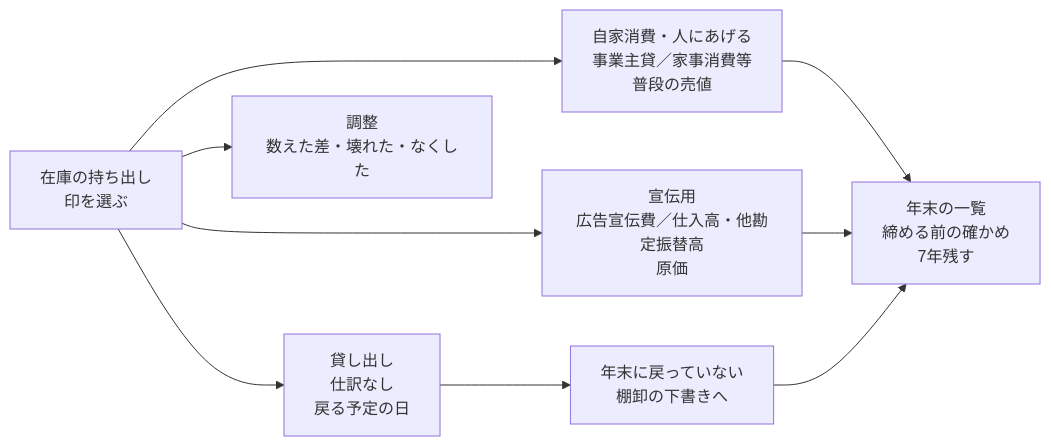
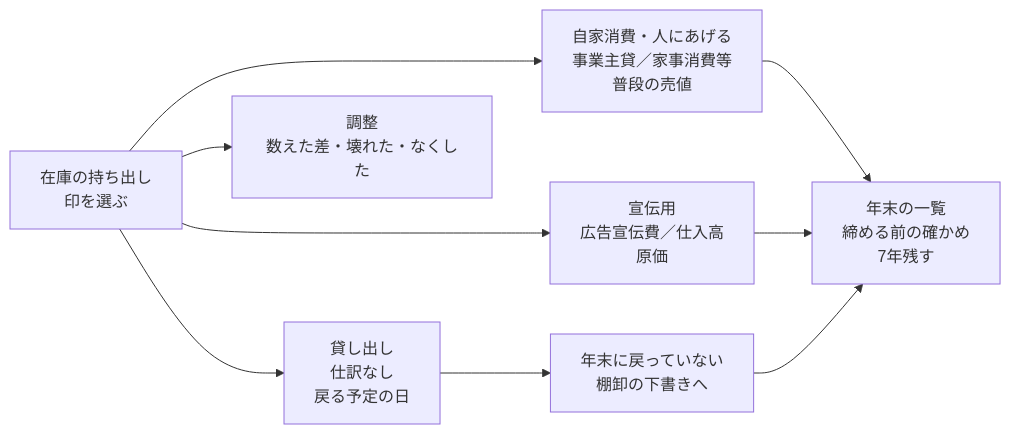
Before and after one commit to ChocoWork/o_official: the sixth of 8 diagrams in docs/superpowers/specs/2026-11-03-accounting-redesign-design.md, drawn with Mermaid. The commit also changed other lines of this file, not shown here.

````diff
--- a/docs/superpowers/specs/2026-11-03-accounting-redesign-design.md
+++ b/docs/superpowers/specs/2026-11-03-accounting-redesign-design.md
@@ -1007,11 +1007,11 @@
 ```mermaid
 flowchart LR
     A["在庫の持ち出し<br>印を選ぶ"] --> B["自家消費・人にあげる<br>事業主貸／家事消費等<br>普段の売値"]
-    A --> C["宣伝用<br>広告宣伝費／仕入高・他勘定振替高<br>原価"]
+    A --> C["宣伝用<br>広告宣伝費／仕入高<br>原価"]
     A --> D["貸し出し<br>仕訳なし<br>戻る予定の日"]
     A --> E["調整<br>数えた差・壊れた・なくした"]
     D --> F["年末に戻っていない<br>棚卸の下書きへ"]
     B --> G["年末の一覧<br>締める前の確かめ<br>7年残す"]
     C --> G
     F --> G
 ```
````
